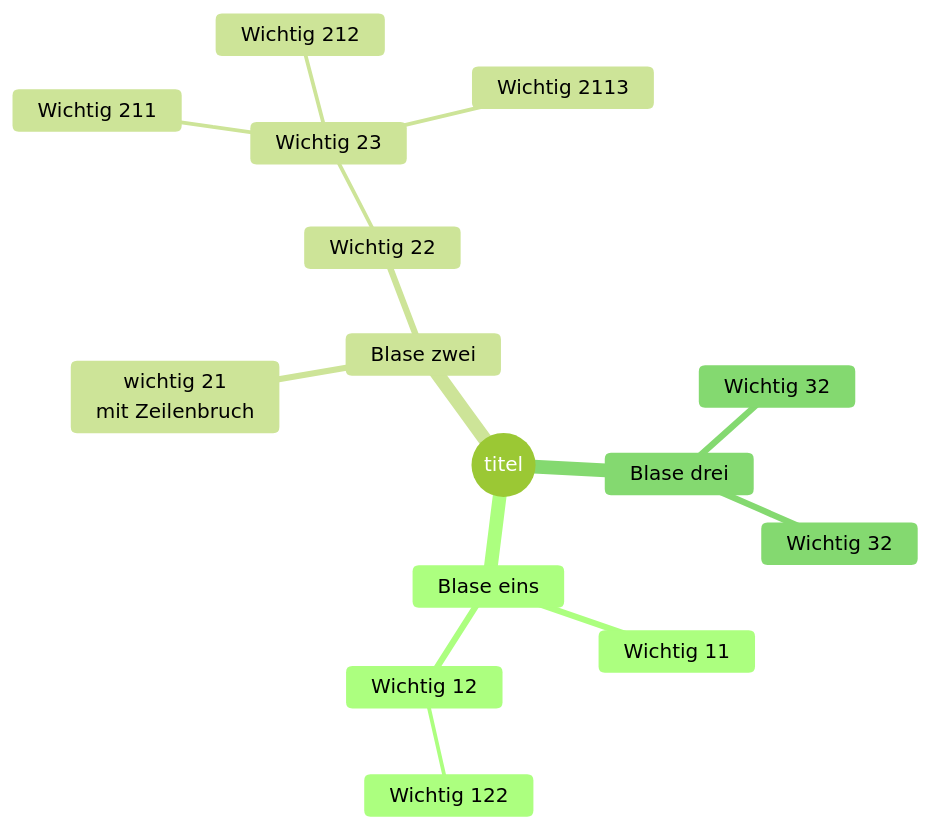
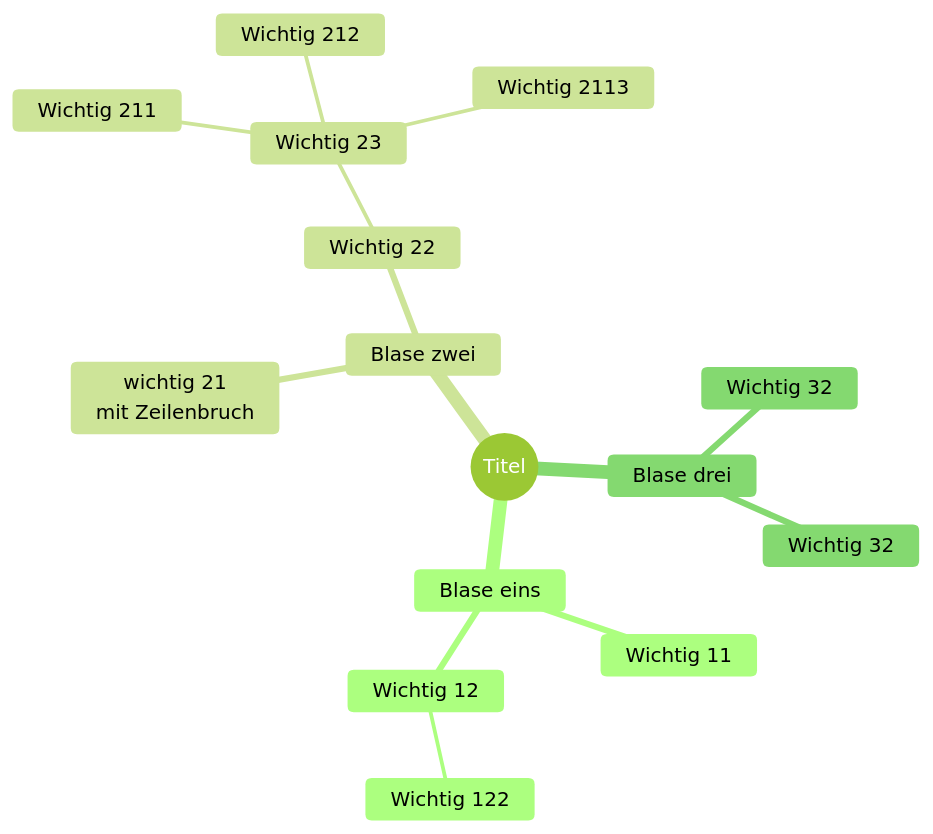
Before and after one commit to rpi-virtuell/FOERBICO_und_rpi-virtuell: the third of 3 diagrams in Markdownvorlage.md, drawn with Mermaid (forest theme).

Commit message:
Markdownvorlage.md aktualisiert

````diff
--- a/Markdownvorlage.md
+++ b/Markdownvorlage.md
@@ -56,18 +56,18 @@
 ```mermaid
 mindmap
-  root((titel))
+  root((Titel))
     Blase eins
       Wichtig 11
       Wichtig 12
         Wichtig 122
     Blase zwei
       wichtig 21 <br/>mit Zeilenbruch
       Wichtig 22
         Wichtig 23
             Wichtig 211
             Wichtig 212
             Wichtig 2113
     Blase drei
       Wichtig 32
       Wichtig 32
 ```
````
